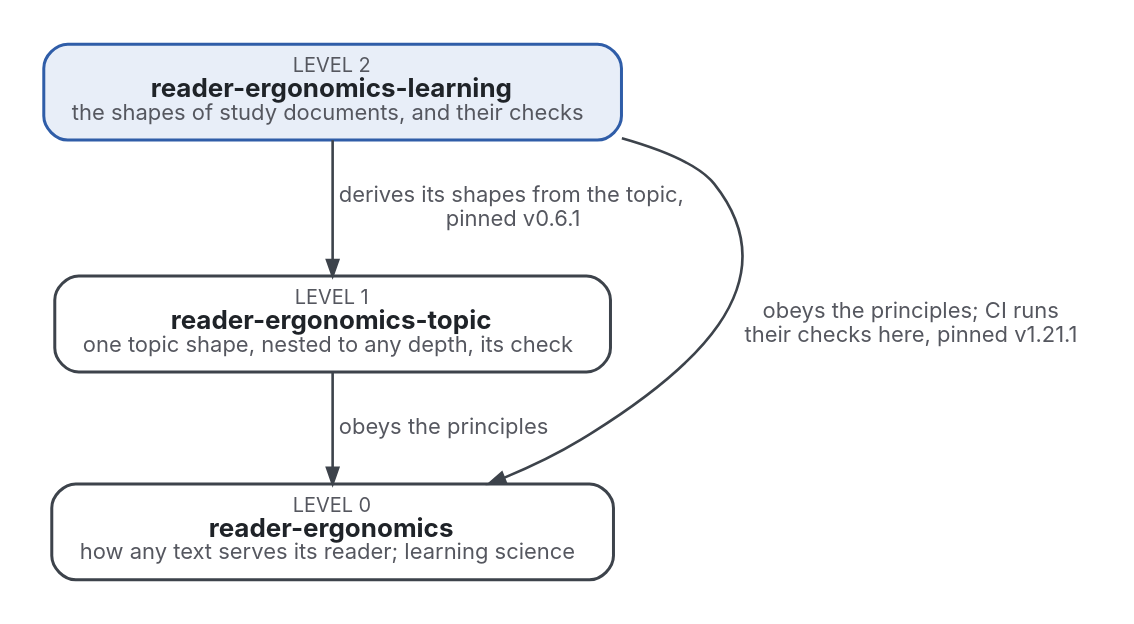
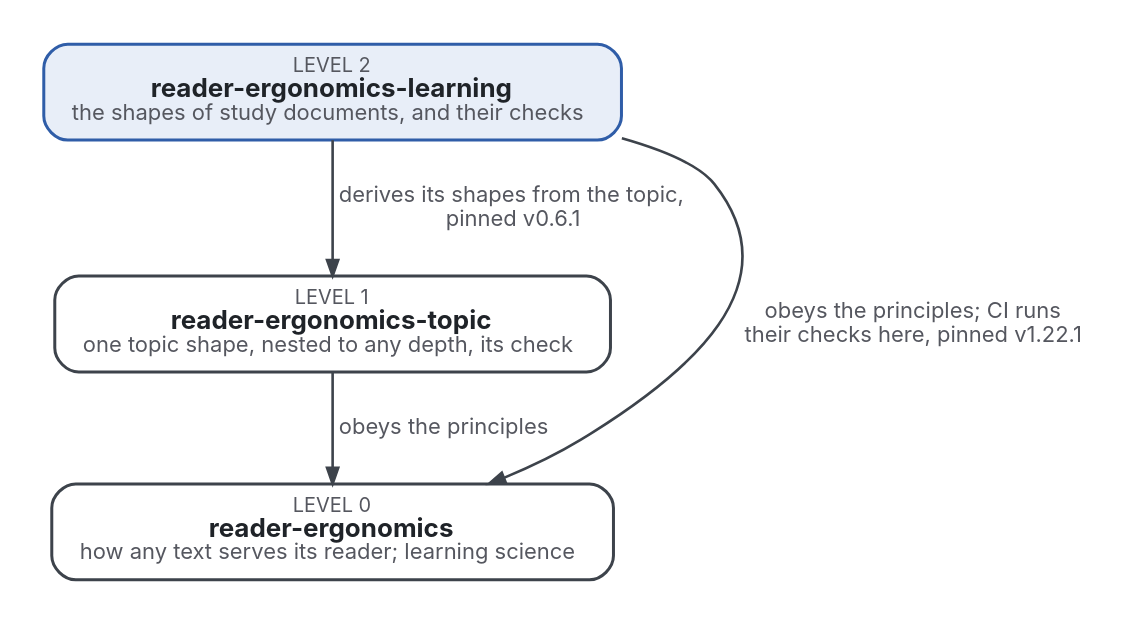
One commit to Tewf/reader-ergonomics-learning changed the diagram in where-it-sits.dot. Above: the diagram before and after it, drawn with Graphviz. The commit also changed 33 other files, not shown here.

```diff
--- a/where-it-sits.dot
+++ b/where-it-sits.dot
@@ -1,11 +1,11 @@
 digraph levels {
   graph [rankdir=TB, nodesep=0.6, ranksep=0.6, bgcolor="white", pad=0.2, fontname="Inter"];
   node  [shape=box, style="rounded,filled", fontname="Inter", fontsize=13, margin="0.2,0.1", penwidth=1.5, fontcolor="#1F2328"];
   edge  [fontname="Inter", fontsize=11, color="#3D434B", fontcolor="#55575F", penwidth=1.3, arrowsize=0.8];
   L [label=<<font point-size="10" color="#55575F">LEVEL 2</font><br/><b>reader-ergonomics-learning</b><br/><font point-size="11" color="#55575F">the shapes of study documents, and their checks</font>>, fillcolor="#E8EEF8", color="#2F5DA8"];
   T [label=<<font point-size="10" color="#55575F">LEVEL 1</font><br/><b>reader-ergonomics-topic</b><br/><font point-size="11" color="#55575F">one topic shape, nested to any depth, its check</font>>, fillcolor="#FFFFFF", color="#3D434B"];
   R [label=<<font point-size="10" color="#55575F">LEVEL 0</font><br/><b>reader-ergonomics</b><br/><font point-size="11" color="#55575F">how any text serves its reader; learning science</font>>, fillcolor="#FFFFFF", color="#3D434B"];
   L -> T [label=<  derives its shapes from the topic,<br/>  pinned v0.6.1>];
   T -> R [label=<  obeys the principles>];
-  L -> R [label=<  obeys the principles; CI runs<br/>  their checks here, pinned v1.21.1>, constraint=false];
+  L -> R [label=<  obeys the principles; CI runs<br/>  their checks here, pinned v1.22.1>, constraint=false];
 }
```
